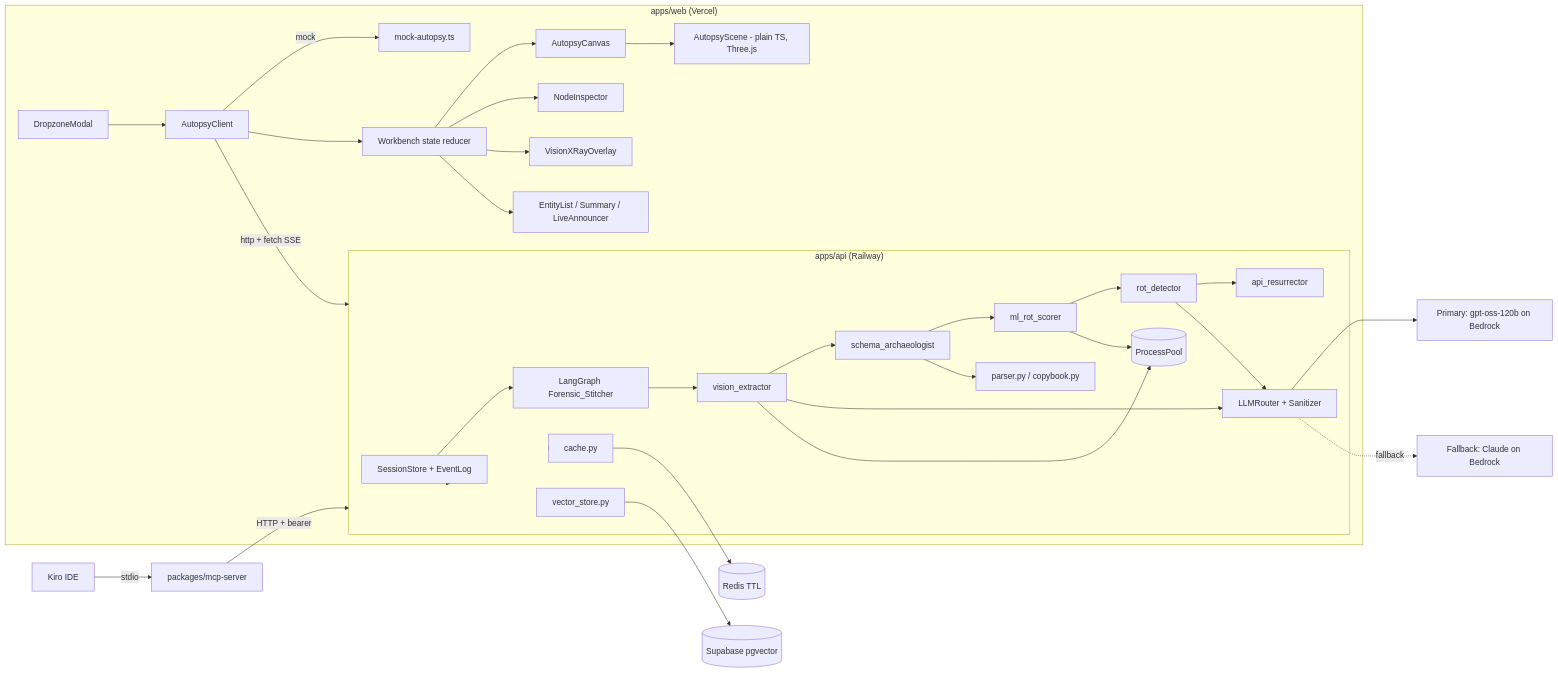
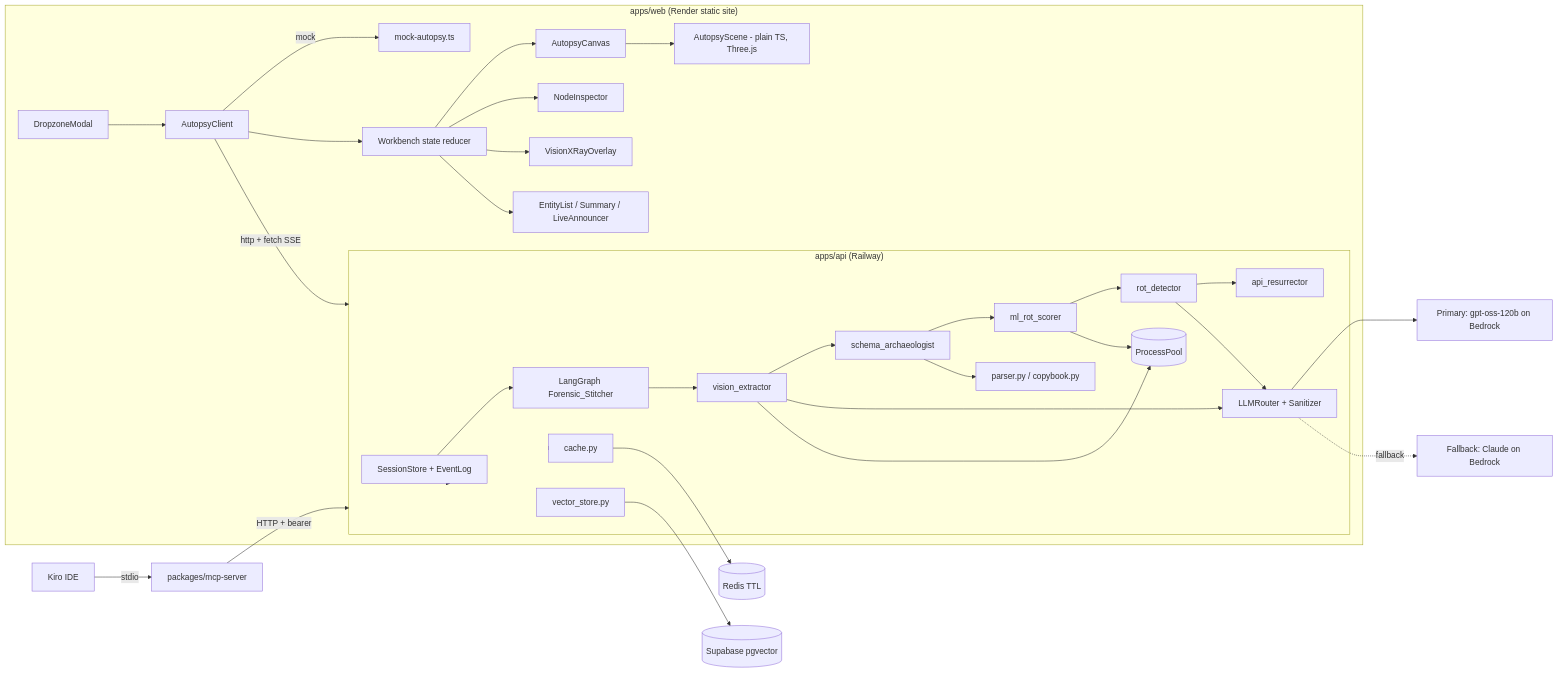
Before and after one commit to timothylee58/NecroLegacy: the first of 3 diagrams in .kiro/specs/digital-autopsy-engine/design.md, drawn with Mermaid. The commit also changed other lines of this file and 9 other files, not shown here.

First line of the commit message:
deploy(web): Render static site instead of Vercel

````diff
--- a/.kiro/specs/digital-autopsy-engine/design.md
+++ b/.kiro/specs/digital-autopsy-engine/design.md
@@ -53,34 +53,34 @@
 ```mermaid
 flowchart LR
-  subgraph Browser["apps/web (Vercel)"]
+  subgraph Browser["apps/web (Render static site)"]
     DZ[DropzoneModal] --> CL[AutopsyClient]
     CL -->|mock| MK[mock-autopsy.ts]
     CL -->|http + fetch SSE| API
     CL --> UI[Workbench state reducer]
     UI --> CV[AutopsyCanvas] --> SC[AutopsyScene - plain TS, Three.js]
     UI --> ND[NodeInspector]
     UI --> XR[VisionXRayOverlay]
     UI --> EL[EntityList / Summary / LiveAnnouncer]
   end
   subgraph API["apps/api (Railway)"]
     API[FastAPI routes] --> SS[SessionStore + EventLog]
     API --> CA[cache.py]
     API --> VS[vector_store.py]
     SS --> G[LangGraph Forensic_Stitcher]
     G --> N1[vision_extractor]
     N1 --> N2[schema_archaeologist]
     N2 --> N3[ml_rot_scorer]
     N3 --> N4[rot_detector]
     N4 --> N5[api_resurrector]
     N2 --> PA[parser.py / copybook.py]
     N1 & N4 --> R[LLMRouter + Sanitizer]
     N3 --> PP[(ProcessPool)]
     N1 --> PP
   end
   R --> PRI[Primary: gpt-oss-120b on Bedrock]
   R -.fallback.-> FBK[Fallback: Claude on Bedrock]
   CA --> RD[(Redis TTL)]
   VS --> PG[(Supabase pgvector)]
   MCP[packages/mcp-server] -->|HTTP + bearer| API
   Kiro[Kiro IDE] -->|stdio| MCP
 ```
````
